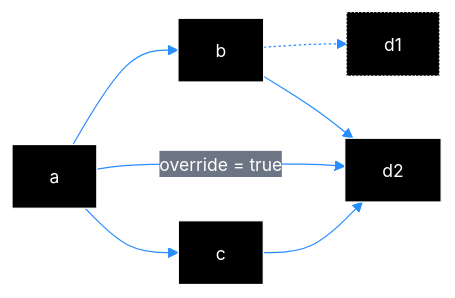
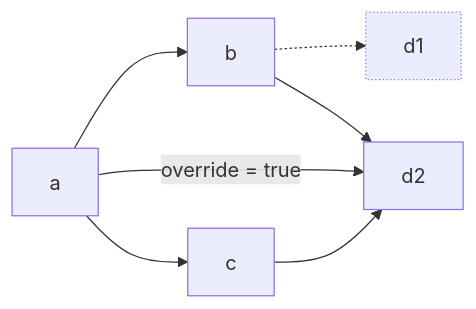
The second of 2 diagrams in docs/content/develop/manage-packages/move-package-management.mdx (GeunhwaJeong/haneul-new), drawn with Mermaid before and after one commit. The commit also changed other lines of this file and 33 other files, not shown here.

````diff
--- a/docs/content/develop/manage-packages/move-package-management.mdx
+++ b/docs/content/develop/manage-packages/move-package-management.mdx
@@ -185,24 +169,9 @@
 ```mermaid
----
-config:
-  theme: base
-  themeVariables:
-    primaryColor: '#298DFF'
-    primaryTextColor: '#FFFFFF'
-    primaryBorderColor: '#FFFFFF'
-    secondaryColor: '#6C7584'
-    tertiaryColor: '#FFFFFF'
-    lineColor: '#298DFF'
-    background: '#FFFFFF'
-    mainBkg: '#000000'
-    secondBkg: '#6C7584'
-    fontSize: '14px'
-    fontFamily: 'Inter, sans-serif'
----
+
 graph LR;
   a --> b -.-> d1;
   a -->|override = true| d2;
   a --> c --> d2;
   b --> d2;
   style d1 stroke-dasharray: 1 2;
 ```
````
